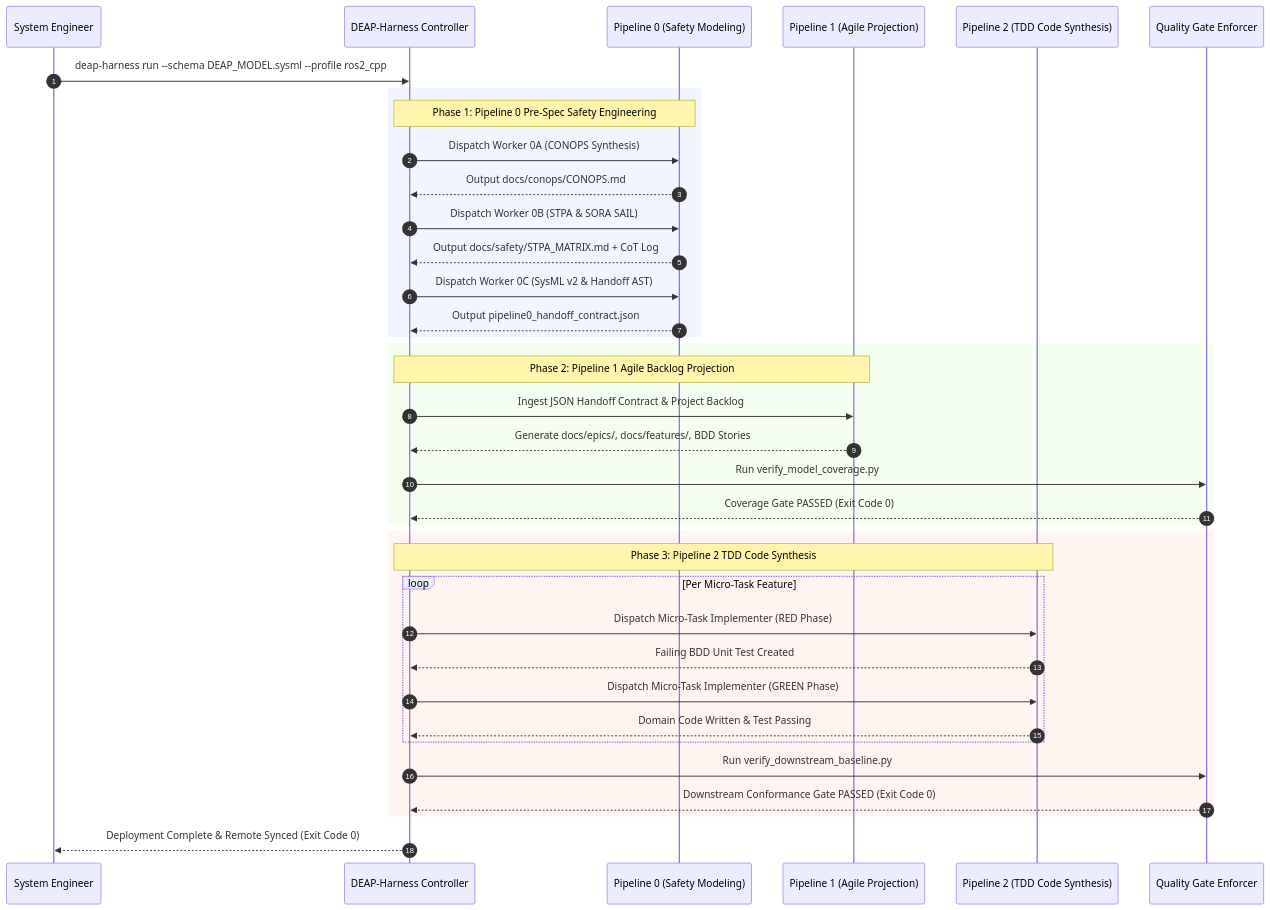
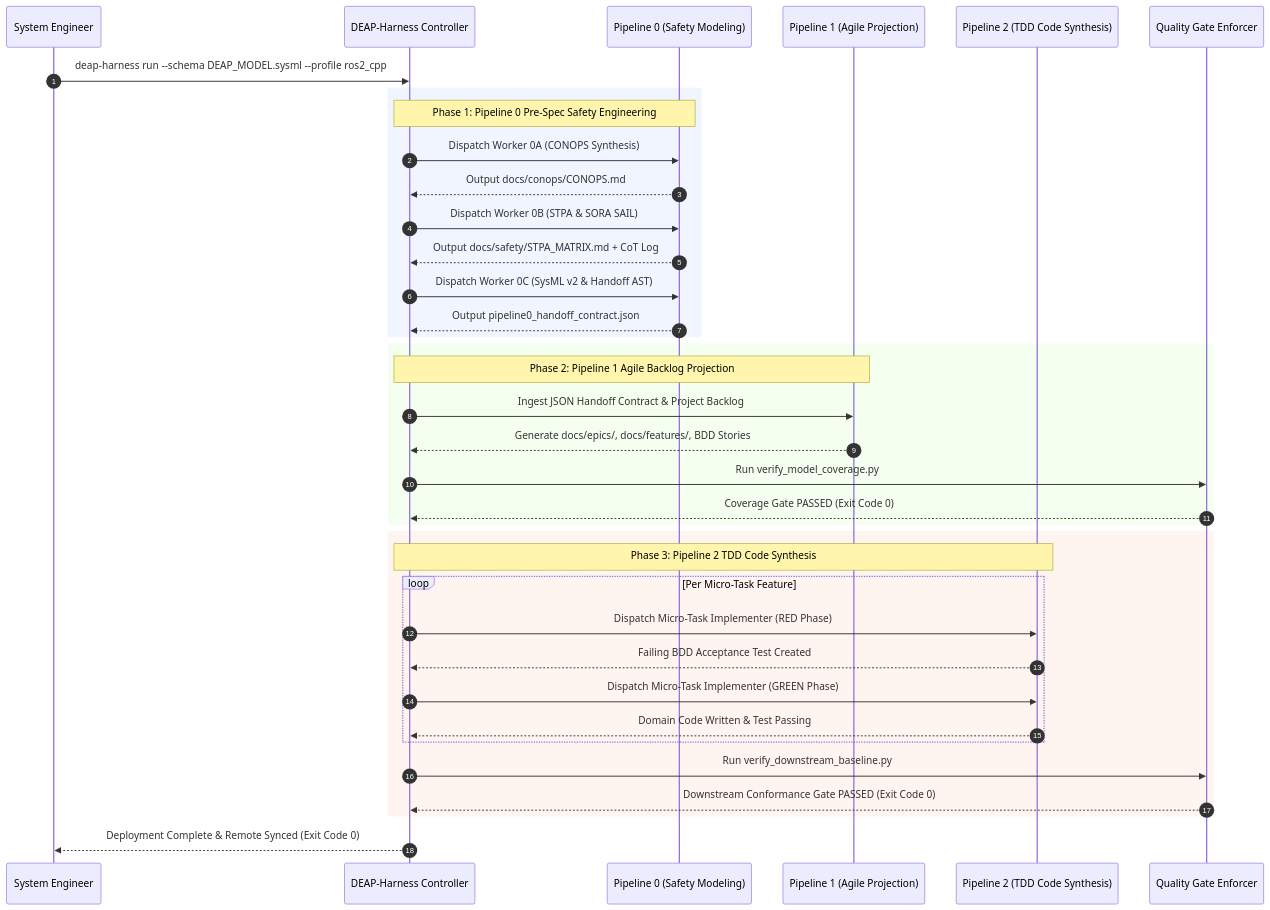
The fourth of 4 diagrams in docs/architecture/blueprints/DEAP_DEEPSEEK_HARNESS_INTEGRATION_BLUEPRINT.md (gintatkinson/DEAP01-spec-core), drawn with Mermaid before and after one commit. The commit also changed other lines of this file and 34 other files, not shown here.

Commit message:
docs(architecture): decontaminate reference blueprints and establish master execution plan (refs #405, refs #406)

````diff
--- a/docs/architecture/blueprints/DEAP_DEEPSEEK_HARNESS_INTEGRATION_BLUEPRINT.md
+++ b/docs/architecture/blueprints/DEAP_DEEPSEEK_HARNESS_INTEGRATION_BLUEPRINT.md
@@ -183,44 +193,44 @@
 ```mermaid
 sequenceDiagram
     autonumber
     participant User as System Engineer
     participant Harness as DEAP-Harness Controller
     participant P0 as Pipeline 0 (Safety Modeling)
     participant P1 as Pipeline 1 (Agile Projection)
     participant P2 as Pipeline 2 (TDD Code Synthesis)
     participant Gates as Quality Gate Enforcer
 
     User->>Harness: deap-harness run --schema DEAP_MODEL.sysml --profile ros2_cpp
     
     rect rgb(240, 245, 255)
         note over Harness,P0: Phase 1: Pipeline 0 Pre-Spec Safety Engineering
         Harness->>P0: Dispatch Worker 0A (CONOPS Synthesis)
         P0-->>Harness: Output docs/conops/CONOPS.md
         Harness->>P0: Dispatch Worker 0B (STPA & SORA SAIL)
         P0-->>Harness: Output docs/safety/STPA_MATRIX.md + CoT Log
         Harness->>P0: Dispatch Worker 0C (SysML v2 & Handoff AST)
         P0-->>Harness: Output pipeline0_handoff_contract.json
     end
 
     rect rgb(245, 255, 240)
         note over Harness,P1: Phase 2: Pipeline 1 Agile Backlog Projection
         Harness->>P1: Ingest JSON Handoff Contract & Project Backlog
         P1-->>Harness: Generate docs/epics/, docs/features/, BDD Stories
         Harness->>Gates: Run verify_model_coverage.py
         Gates-->>Harness: Coverage Gate PASSED (Exit Code 0)
     end
 
     rect rgb(255, 245, 240)
         note over Harness,P2: Phase 3: Pipeline 2 TDD Code Synthesis
         loop Per Micro-Task Feature
             Harness->>P2: Dispatch Micro-Task Implementer (RED Phase)
-            P2-->>Harness: Failing BDD Unit Test Created
+            P2-->>Harness: Failing BDD Acceptance Test Created
             Harness->>P2: Dispatch Micro-Task Implementer (GREEN Phase)
             P2-->>Harness: Domain Code Written & Test Passing
         end
         Harness->>Gates: Run verify_downstream_baseline.py
         Gates-->>Harness: Downstream Conformance Gate PASSED (Exit Code 0)
     end
 
     Harness-->>User: Deployment Complete & Remote Synced (Exit Code 0)
 ```
````
